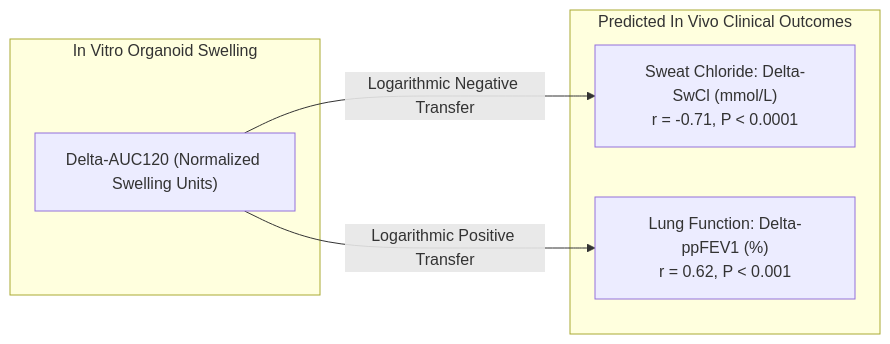
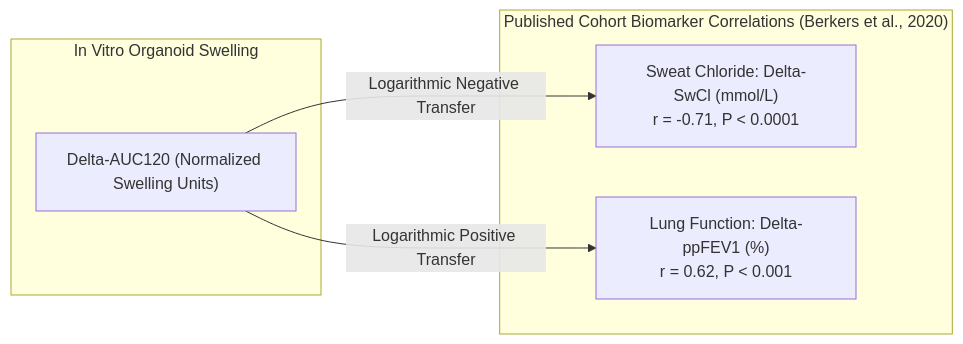
One commit to senseiewok/cf-research changed the second of 3 diagrams in proposals/2026-10-adaptive-n-of-1-organoid-framework.md. Above: the diagram before and after it, drawn with Mermaid. The commit also changed other lines of this file and 34 other files, not shown here.

````diff
--- a/proposals/2026-10-adaptive-n-of-1-organoid-framework.md
+++ b/proposals/2026-10-adaptive-n-of-1-organoid-framework.md
@@ -59,12 +59,12 @@
 ```mermaid
 graph LR
     subgraph InVitro["In Vitro Organoid Swelling"]
         AUC["Delta-AUC120 (Normalized Swelling Units)"]
     end
-    subgraph InVivoSurrogates["Predicted In Vivo Clinical Outcomes"]
+    subgraph InVivoSurrogates["Published Cohort Biomarker Correlations (Berkers et al., 2020)"]
         SwCl["Sweat Chloride: Delta-SwCl (mmol/L)<br/>r = -0.71, P < 0.0001"]
         FEV1["Lung Function: Delta-ppFEV1 (%)<br/>r = 0.62, P < 0.001"]
     end
     AUC -->|Logarithmic Negative Transfer| SwCl
     AUC -->|Logarithmic Positive Transfer| FEV1
 ```
````
